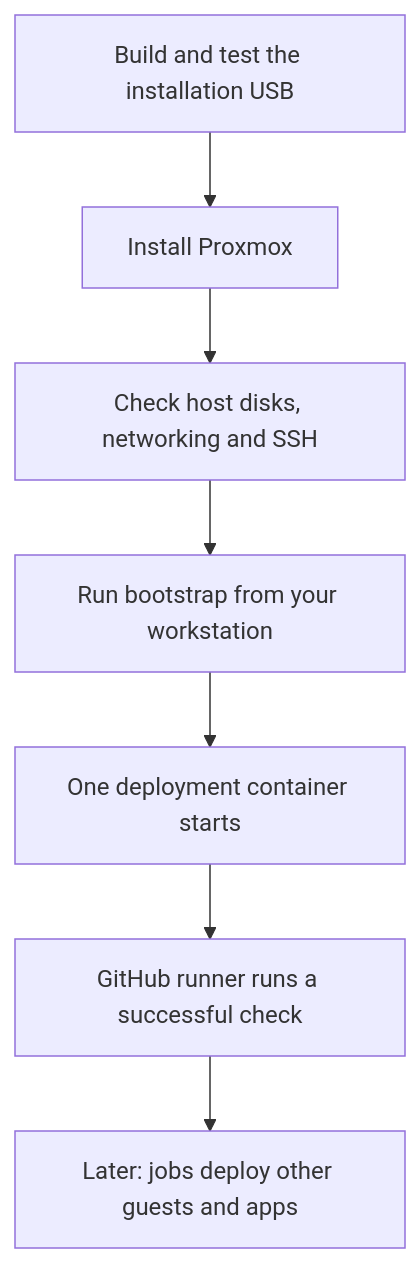
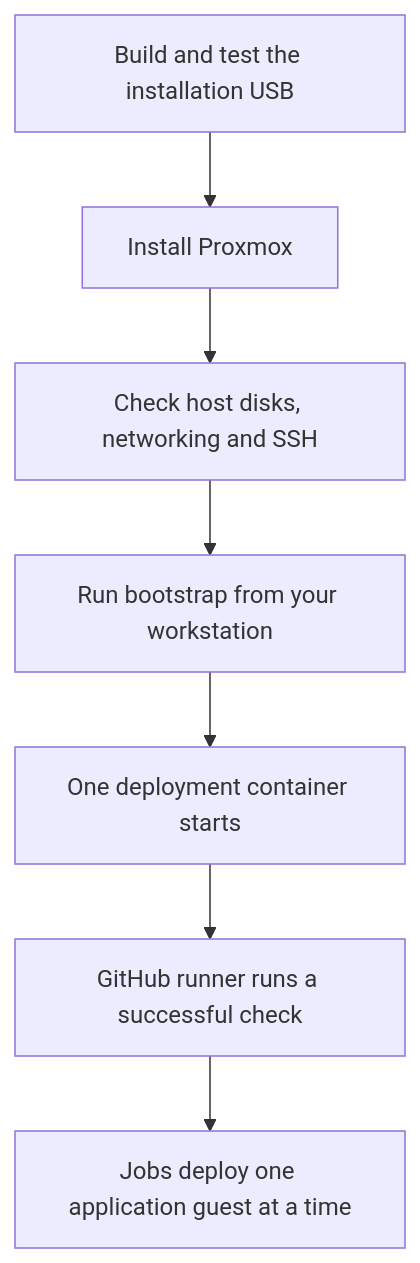
The diagram in proxmox/README.md (theaussiepom/homelab), drawn with Mermaid before and after one commit. The commit also changed other lines of this file and 50 other files, not shown here.

````diff
--- a/proxmox/README.md
+++ b/proxmox/README.md
@@ -13,9 +13,9 @@
 ```mermaid
 flowchart TD
     A[Build and test the installation USB] --> B[Install Proxmox]
     B --> C[Check host disks, networking and SSH]
     C --> D[Run bootstrap from your workstation]
     D --> E[One deployment container starts]
     E --> F[GitHub runner runs a successful check]
-    F --> G[Later: jobs deploy other guests and apps]
+    F --> G[Jobs deploy one application guest at a time]
 ```
````
